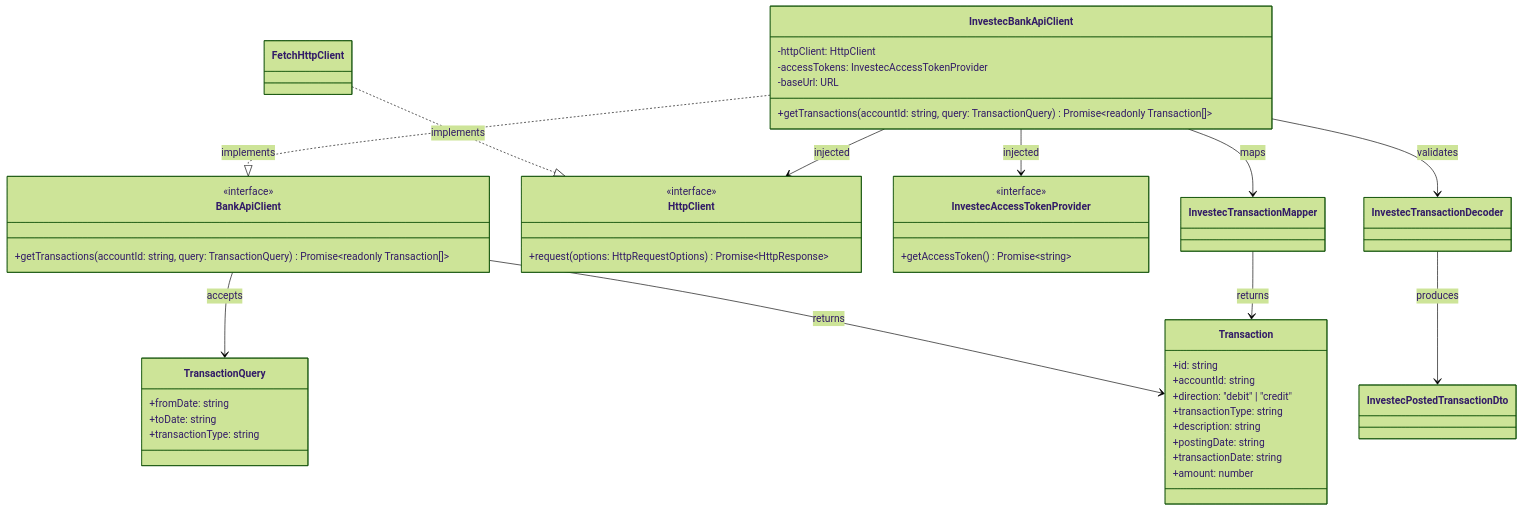
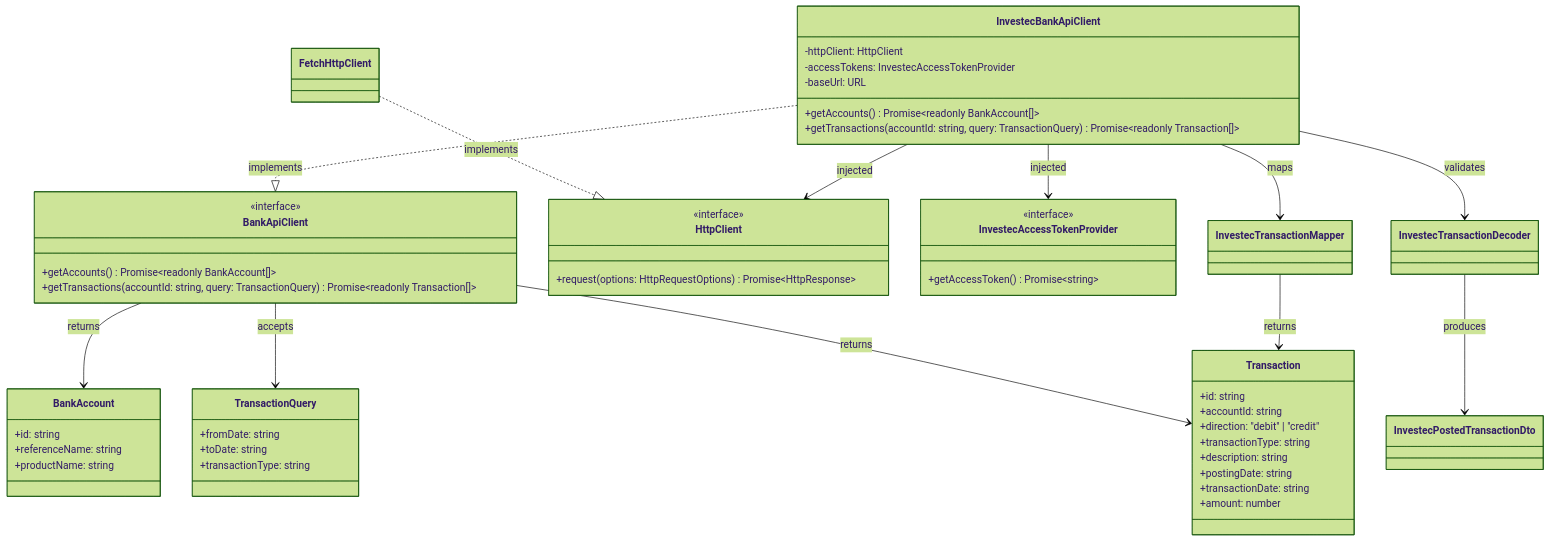
One commit to tjabane/tjabane.agent.tjhelete changed the first of 2 diagrams in docs/spec/05_services-design.md. Above: the diagram before and after it, drawn with Mermaid (forest theme). The commit also changed other lines of this file and 11 other files, not shown here.

````diff
--- a/docs/spec/05_services-design.md
+++ b/docs/spec/05_services-design.md
@@ -436,58 +458,67 @@
 ```mermaid
 classDiagram
     class BankApiClient {
         <<interface>>
+        +getAccounts() Promise~readonly BankAccount[]~
         +getTransactions(accountId: string, query: TransactionQuery) Promise~readonly Transaction[]~
+    }
+
+    class BankAccount {
+        +id: string
+        +referenceName: string
+        +productName: string
     }
 
     class TransactionQuery {
         +fromDate: string
         +toDate: string
         +transactionType: string
     }
 
     class Transaction {
         +id: string
         +accountId: string
         +direction: "debit" | "credit"
         +transactionType: string
         +description: string
         +postingDate: string
         +transactionDate: string
         +amount: number
     }
 
     class InvestecBankApiClient {
         -httpClient: HttpClient
         -accessTokens: InvestecAccessTokenProvider
         -baseUrl: URL
+        +getAccounts() Promise~readonly BankAccount[]~
         +getTransactions(accountId: string, query: TransactionQuery) Promise~readonly Transaction[]~
     }
 
     class HttpClient {
         <<interface>>
         +request(options: HttpRequestOptions) Promise~HttpResponse~
     }
 
     class FetchHttpClient
 
     class InvestecAccessTokenProvider {
         <<interface>>
         +getAccessToken() Promise~string~
     }
 
     class InvestecPostedTransactionDto
     class InvestecTransactionDecoder
     class InvestecTransactionMapper
 
     InvestecBankApiClient ..|> BankApiClient : implements
+    BankApiClient --> BankAccount : returns
     FetchHttpClient ..|> HttpClient : implements
     BankApiClient --> TransactionQuery : accepts
     BankApiClient --> Transaction : returns
     InvestecBankApiClient --> HttpClient : injected
     InvestecBankApiClient --> InvestecAccessTokenProvider : injected
     InvestecBankApiClient --> InvestecTransactionDecoder : validates
     InvestecTransactionDecoder --> InvestecPostedTransactionDto : produces
     InvestecBankApiClient --> InvestecTransactionMapper : maps
     InvestecTransactionMapper --> Transaction : returns
 ```
````
